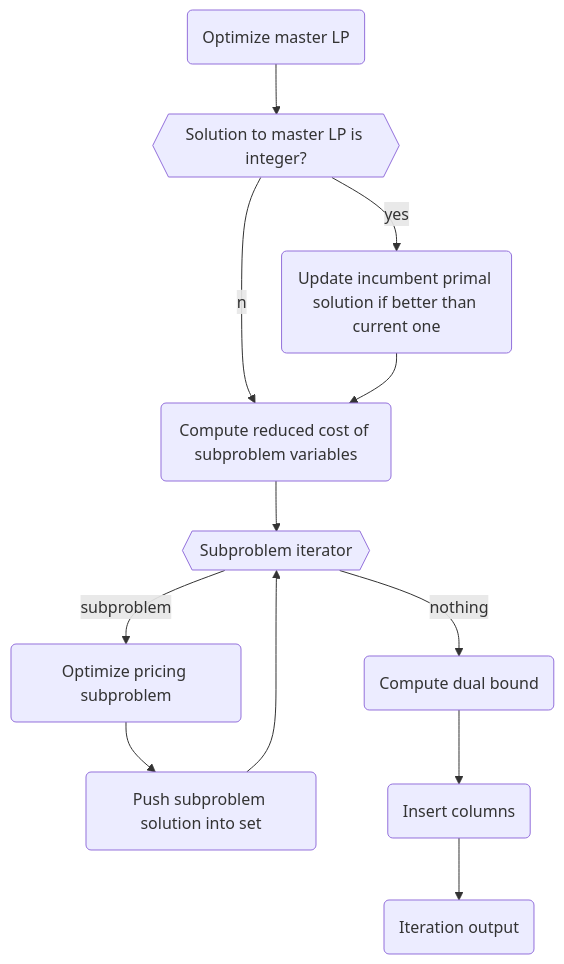
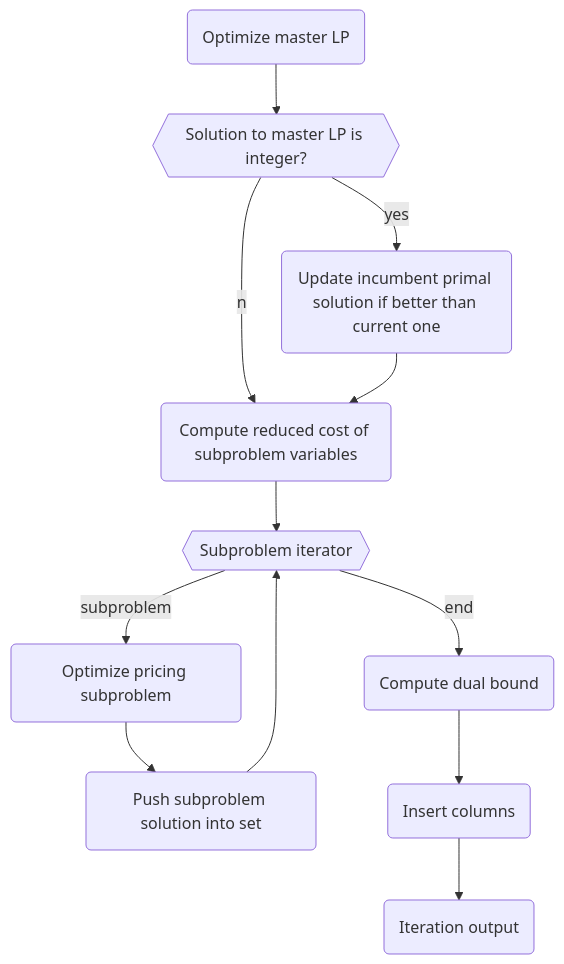
One commit to atoptima/Coluna.jl changed the second of 2 diagrams in docs/src/api/colgen.md. Above: the diagram before and after it, drawn with Mermaid. The commit also changed other lines of this file and 5 other files, not shown here.

````diff
--- a/docs/src/api/colgen.md
+++ b/docs/src/api/colgen.md
@@ -177,34 +263,34 @@
 ```mermaid
 flowchart TB;
     id1(Optimize master LP)
     id2{{Solution to master LP is integer?}}
     id3(Update incumbent primal solution if better than current one)
     id4(Compute reduced cost of subproblem variables)
     id5{{Subproblem iterator}}
     id6(Optimize pricing subproblem)
     id7(Push subproblem solution into set)
     id8(Compute dual bound)
     id9(Insert columns)
     id10(Iteration output)
     id1 --> id2
     id2 --yes--> id3
     id2 --no--> id4
     id3 --> id4
     id4 --> id5
     id5 --subproblem--> id6
     id6 --> id7
     id7 --> id5
-    id5 --nothing--> id8
+    id5 --end--> id8
     id8 --> id9
     id9 --> id10
     click id1 href "#Optimize-master-LP" "Link to doc"
     click id2 href "#Check-integrality-of-the-master-LP-solution" "Link to doc"
     click id3 href "#Update-incumbent-primal-solution" "Link to doc"
     click id4 href "#Reduced-costs-calculation" "Link to doc"
     click id5 href "#Pricing-subproblem-iterator" "Link to doc"
     click id6 href "#Pricing-subproblem-optimization" "Link to doc"
     click id7 href "#Set-of-generated-columns" "Link to doc"
     click id8 href "#Dual-bound-calculation" "Link to doc"
     click id9 href "#Columns-insertion" "Link to doc"
     click id10 href "#Iteration-output" "Link to doc"
 ```
````
